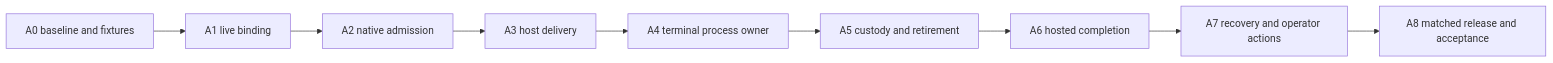
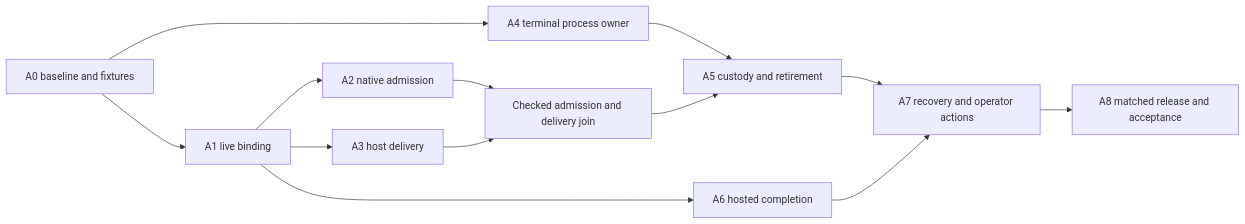
Before and after one commit to tidepool-heavy-industries/tidepool: the diagram in plans/interactive-applications/06-integration.md, drawn with Mermaid. The commit also changed other lines of this file and 11 other files, not shown here.

````diff
--- a/plans/interactive-applications/06-integration.md
+++ b/plans/interactive-applications/06-integration.md
@@ -22,11 +24,15 @@
 ```mermaid
 flowchart LR
     A0[A0 baseline and fixtures] --> A1[A1 live binding]
+    A0 --> A4[A4 terminal process owner]
     A1 --> A2[A2 native admission]
-    A2 --> A3[A3 host delivery]
-    A3 --> A4[A4 terminal process owner]
+    A1 --> A3[A3 host delivery]
+    A2 --> D[Checked admission and delivery join]
+    A3 --> D
     A4 --> A5[A5 custody and retirement]
-    A5 --> A6[A6 hosted completion]
-    A6 --> A7[A7 recovery and operator actions]
+    D --> A5
+    A1 --> A6[A6 hosted completion]
+    A5 --> A7[A7 recovery and operator actions]
+    A6 --> A7
     A7 --> A8[A8 matched release and acceptance]
 ```
````
